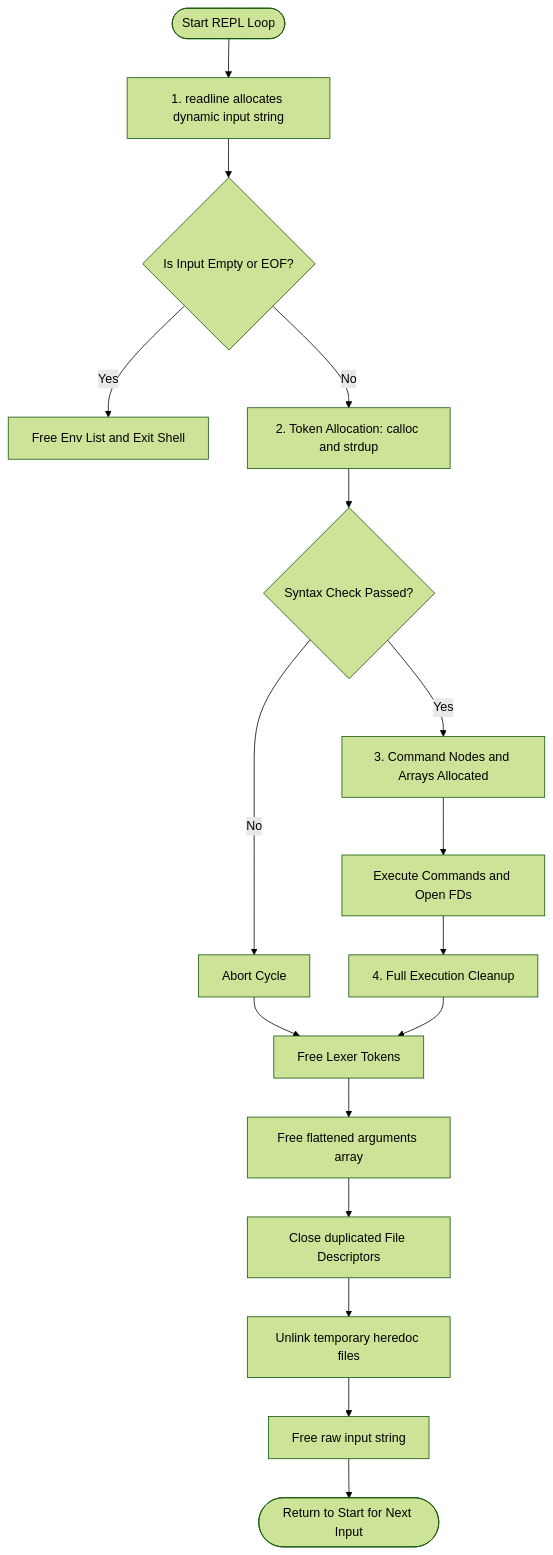
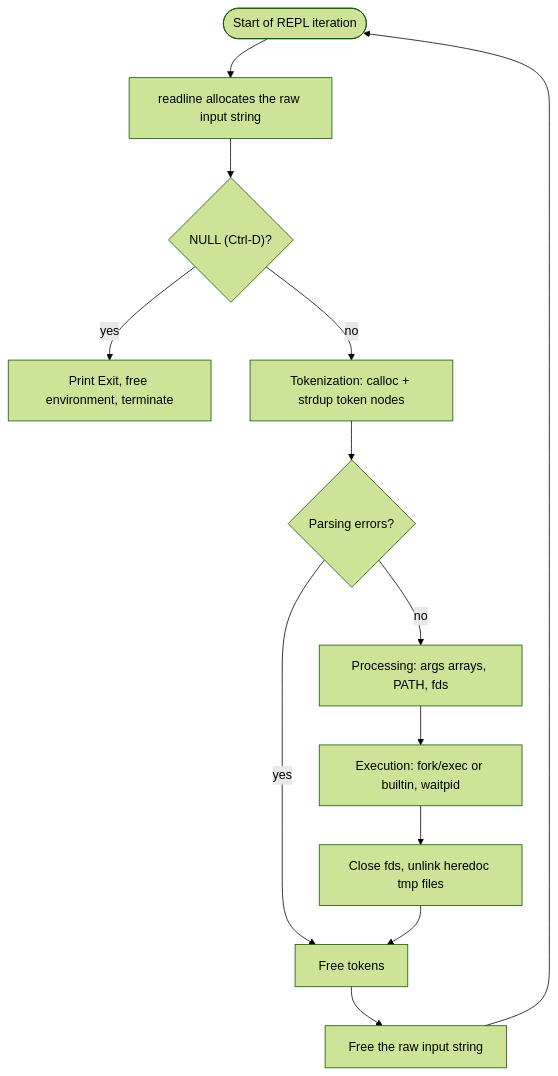
Before and after one commit to agalvan-dc/Minishell: the fifth of 5 diagrams in README.md, drawn with Mermaid (forest theme). The commit also changed other lines of this file and 29 other files, not shown here.

````diff
--- a/README.md
+++ b/README.md
@@ -417,25 +603,15 @@
 ```mermaid
-graph TD
-    A([Start REPL Loop]) --> B[1. readline allocates dynamic input string]
-    
-    B --> C{Is Input Empty or EOF?}
-    C -- Yes --> D[Free Env List and Exit Shell]
-    C -- No --> E[2. Token Allocation: calloc and strdup]
-    
-    E --> F{Syntax Check Passed?}
-    F -- No --> G[Abort Cycle]
-    
-    F -- Yes --> H[3. Command Nodes and Arrays Allocated]
-    H --> I[Execute Commands and Open FDs]
-    I --> J[4. Full Execution Cleanup]
-    
-    G --> K[Free Lexer Tokens]
-    J --> K
-    
-    K --> L[Free flattened arguments array]
-    L --> M[Close duplicated File Descriptors]
-    M --> N[Unlink temporary heredoc files]
-    N --> O[Free raw input string]
-    
-    O --> P([Return to Start for Next Input])
+flowchart TD
+    A(["Start of REPL iteration"]) --> B["readline allocates the raw input string"]
+    B --> C{"NULL (Ctrl-D)?"}
+    C -- "yes" --> D["Print Exit, free environment, terminate"]
+    C -- "no" --> E["Tokenization: calloc + strdup token nodes"]
+    E --> F{"Parsing errors?"}
+    F -- "yes" --> G["Free tokens"]
+    F -- "no" --> H["Processing: args arrays, PATH, fds"]
+    H --> I["Execution: fork/exec or builtin, waitpid"]
+    I --> J["Close fds, unlink heredoc tmp files"]
+    J --> G
+    G --> K["Free the raw input string"]
+    K --> A
 ```
````
